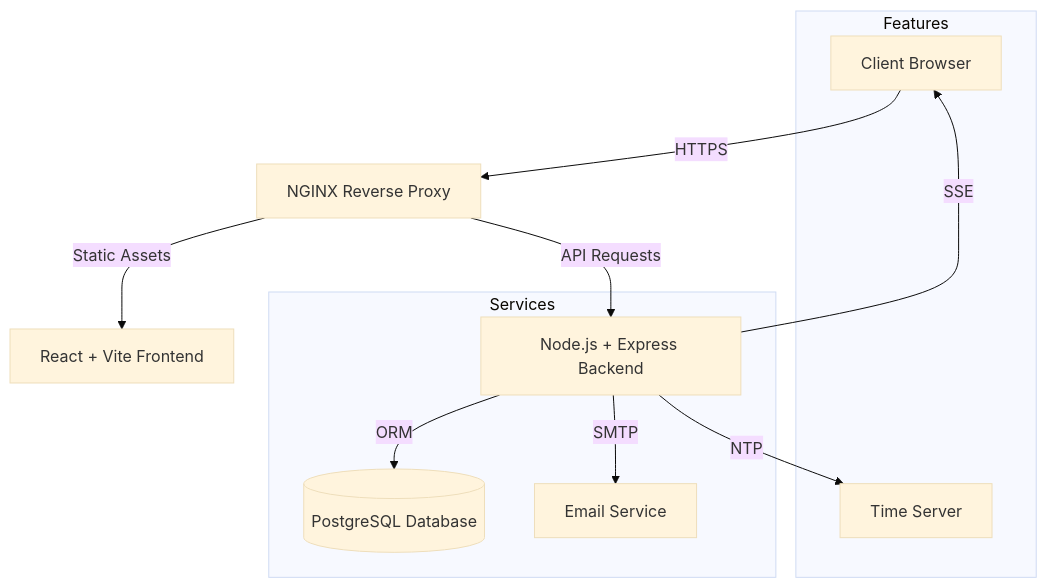
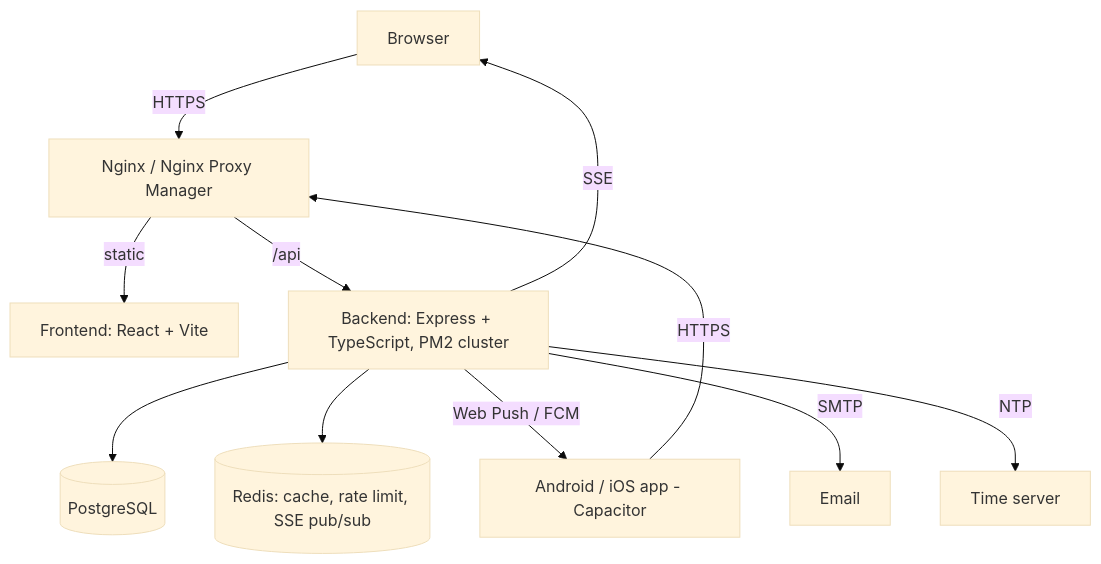
The diagram in README.md (torpedoliar/Catering-Management-System), drawn with Mermaid (base theme) before and after one commit. The commit also changed other lines of this file and 1 other file, not shown here.

````diff
--- a/README.md
+++ b/README.md
@@ -60,16 +76,13 @@
 ```mermaid
 graph TD
-    Client[Client Browser] -->|HTTPS| Nginx[NGINX Reverse Proxy]
-    Nginx -->|Static Assets| Frontend[React + Vite Frontend]
-    Nginx -->|API Requests| Backend[Node.js + Express Backend]
-    
-    subgraph Services
-    Backend -->|ORM| DB[(PostgreSQL Database)]
-    Backend -->|SMTP| Email[Email Service]
-    end
-    
-    subgraph Features
-    Backend -->|SSE| Client
-    Backend -->|NTP| Time[Time Server]
-    end
+    Web[Browser] -->|HTTPS| Proxy[Nginx / Nginx Proxy Manager]
+    App[Android / iOS app - Capacitor] -->|HTTPS| Proxy
+    Proxy -->|static| FE[Frontend: React + Vite]
+    Proxy -->|/api| BE[Backend: Express + TypeScript, PM2 cluster]
+    BE --> DB[(PostgreSQL)]
+    BE --> R[(Redis: cache, rate limit, SSE pub/sub)]
+    BE -->|SSE| Web
+    BE -->|Web Push / FCM| App
+    BE -->|SMTP| Mail[Email]
+    BE -->|NTP| Time[Time server]
 ```
````
